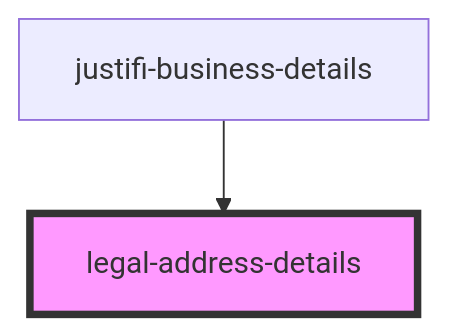
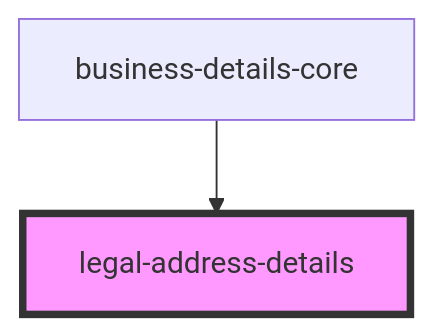
Before and after one commit to justifi-tech/web-component-library: the diagram in packages/webcomponents/src/components/business-details/legal-address-details/readme.md, drawn with Mermaid. The commit also changed other lines of this file and 32 other files, not shown here.

````diff
--- a/packages/webcomponents/src/components/business-details/legal-address-details/readme.md
+++ b/packages/webcomponents/src/components/business-details/legal-address-details/readme.md
@@ -22,5 +22,5 @@
 ```mermaid
 graph TD;
-  justifi-business-details --> legal-address-details
+  business-details-core --> legal-address-details
   style legal-address-details fill:#f9f,stroke:#333,stroke-width:4px
 ```
````
